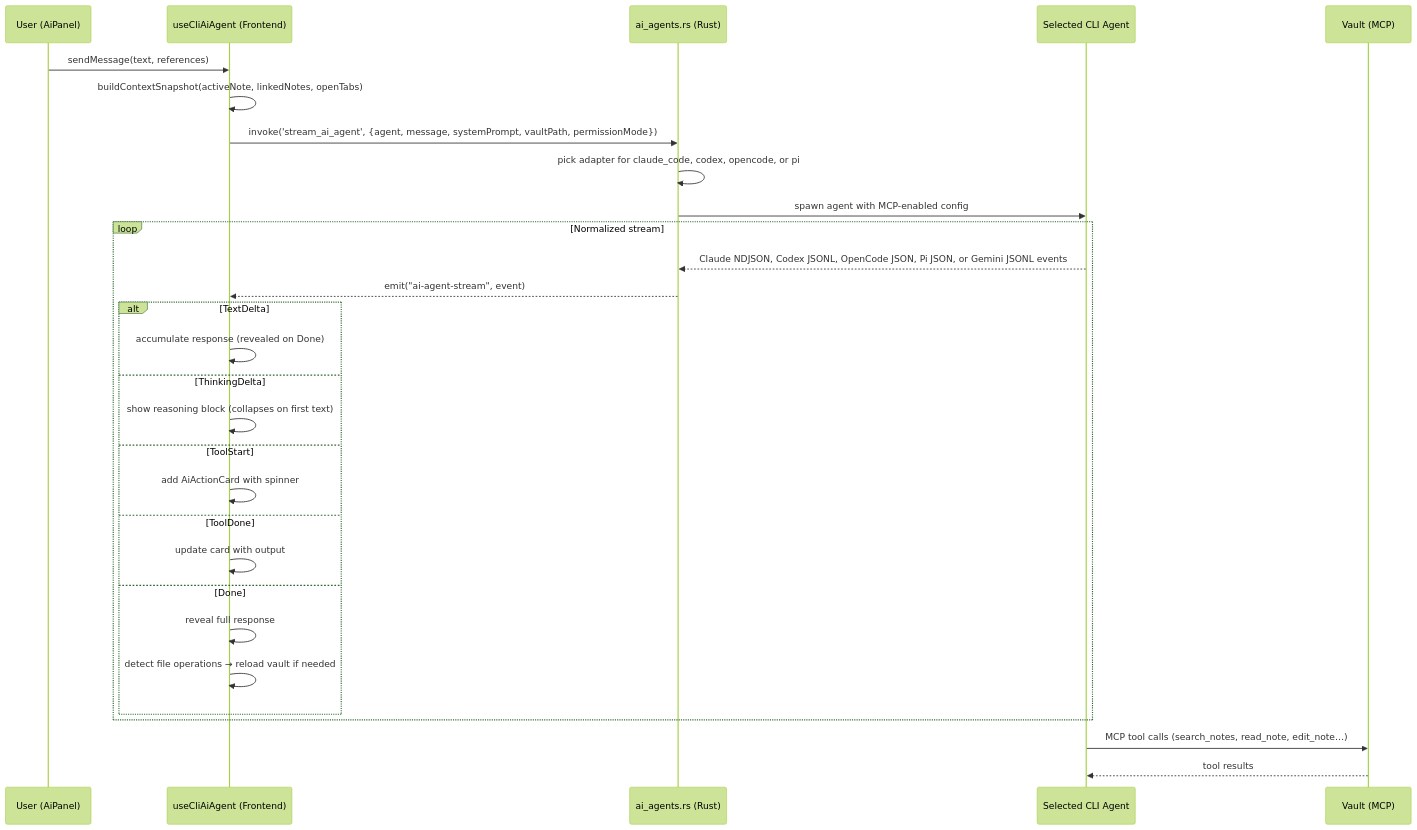
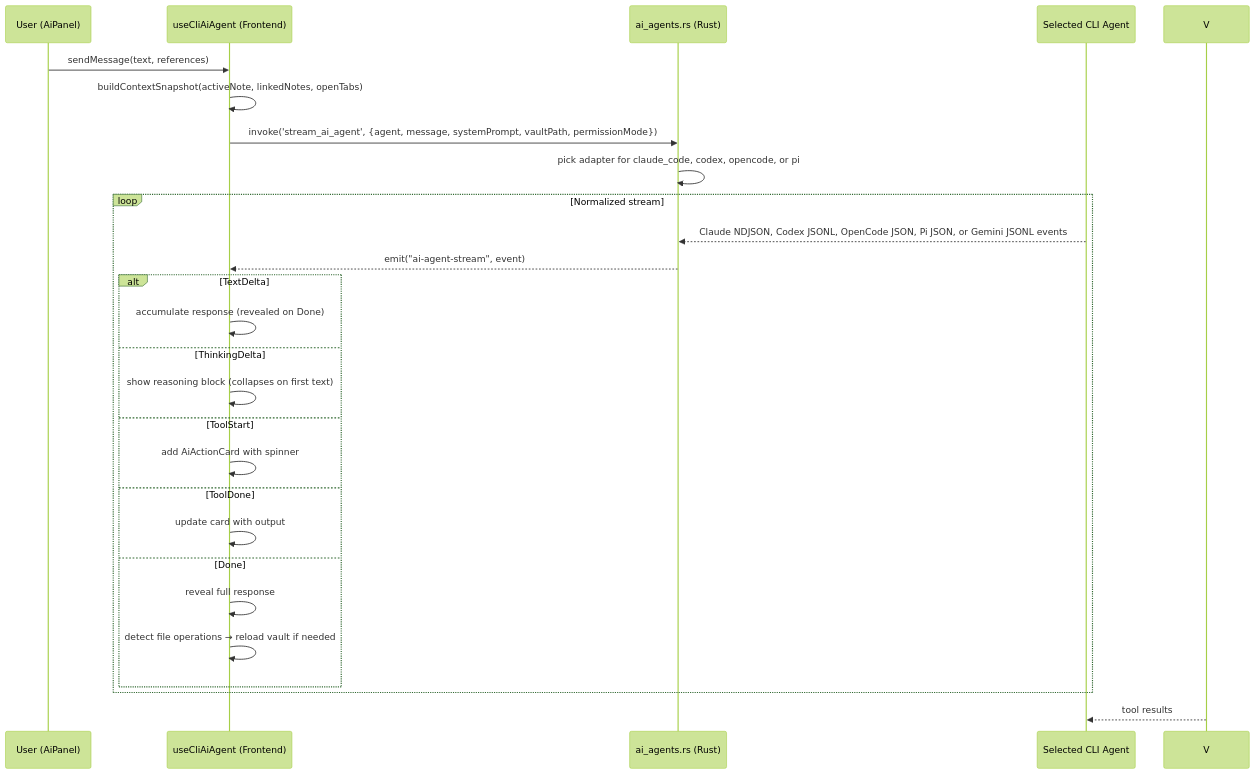
Before and after one commit to kohz87/Artemis: the third of 10 diagrams in docs/ARCHITECTURE.md, drawn with Mermaid (forest theme). The commit also changed other lines of this file and 152 other files, not shown here.

````diff
--- a/docs/ARCHITECTURE.md
+++ b/docs/ARCHITECTURE.md
@@ -257,34 +248,31 @@
 ```mermaid
 sequenceDiagram
     participant U as User (AiPanel)
     participant FE as useCliAiAgent (Frontend)
     participant R as ai_agents.rs (Rust)
     participant C as Selected CLI Agent
-    participant V as Vault (MCP)
 
     U->>FE: sendMessage(text, references)
     FE->>FE: buildContextSnapshot(activeNote, linkedNotes, openTabs)
     FE->>R: invoke('stream_ai_agent', {agent, message, systemPrompt, vaultPath, permissionMode})
     R->>R: pick adapter for claude_code, codex, opencode, or pi
-    R->>C: spawn agent with MCP-enabled config
 
     loop Normalized stream
         C-->>R: Claude NDJSON, Codex JSONL, OpenCode JSON, Pi JSON, or Gemini JSONL events
         R-->>FE: emit("ai-agent-stream", event)
         alt TextDelta
             FE->>FE: accumulate response (revealed on Done)
         else ThinkingDelta
             FE->>FE: show reasoning block (collapses on first text)
         else ToolStart
             FE->>FE: add AiActionCard with spinner
         else ToolDone
             FE->>FE: update card with output
         else Done
             FE->>FE: reveal full response
             FE->>FE: detect file operations → reload vault if needed
         end
     end
 
-    C->>V: MCP tool calls (search_notes, read_note, edit_note…)
     V-->>C: tool results
 ```
````
